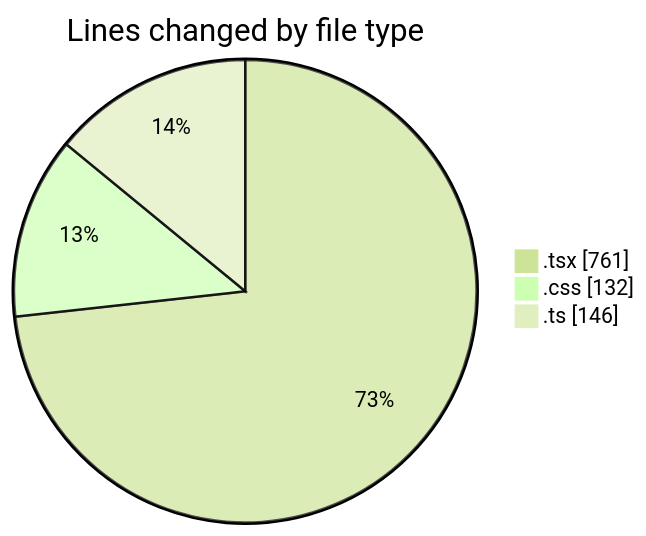
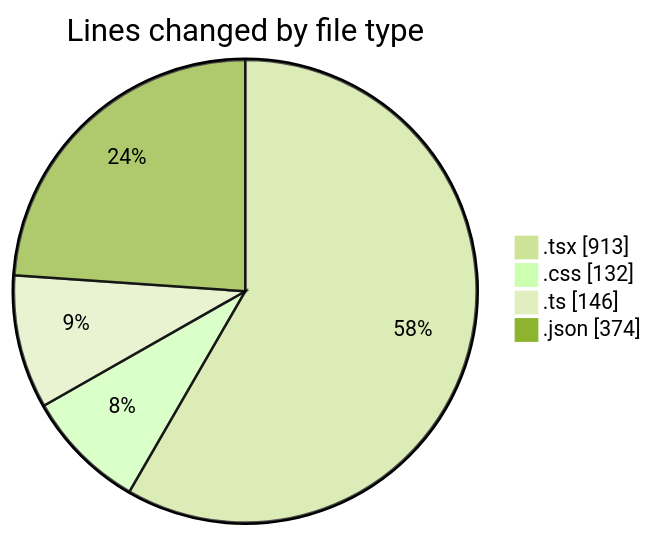
One commit to Elitesun/code-tracking changed the first of 2 diagrams in 2025-05-06/niten/README.md. Above: the diagram before and after it, drawn with Mermaid (forest theme). The commit also changed other lines of this file and 1 other file, not shown here.

````diff
--- a/2025-05-06/niten/README.md
+++ b/2025-05-06/niten/README.md
@@ -36,7 +40,8 @@
 ```mermaid
 pie showData
 title Lines changed by file type
-".tsx" : 761
+".tsx" : 913
 ".css" : 132
 ".ts" : 146
+".json" : 374
 ```
````
